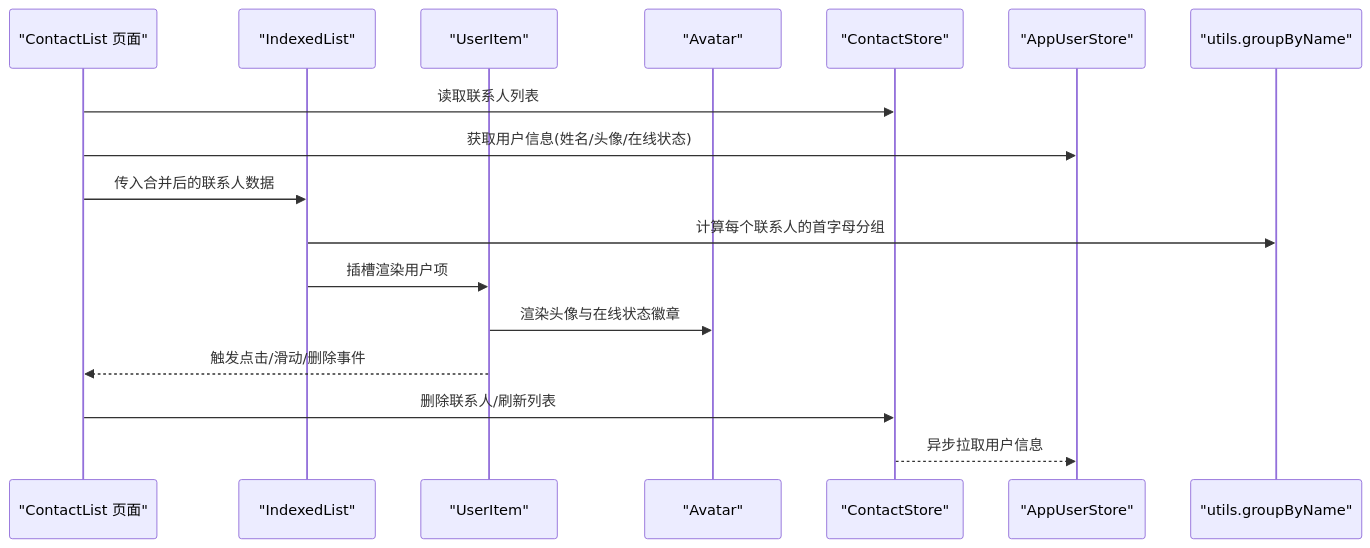
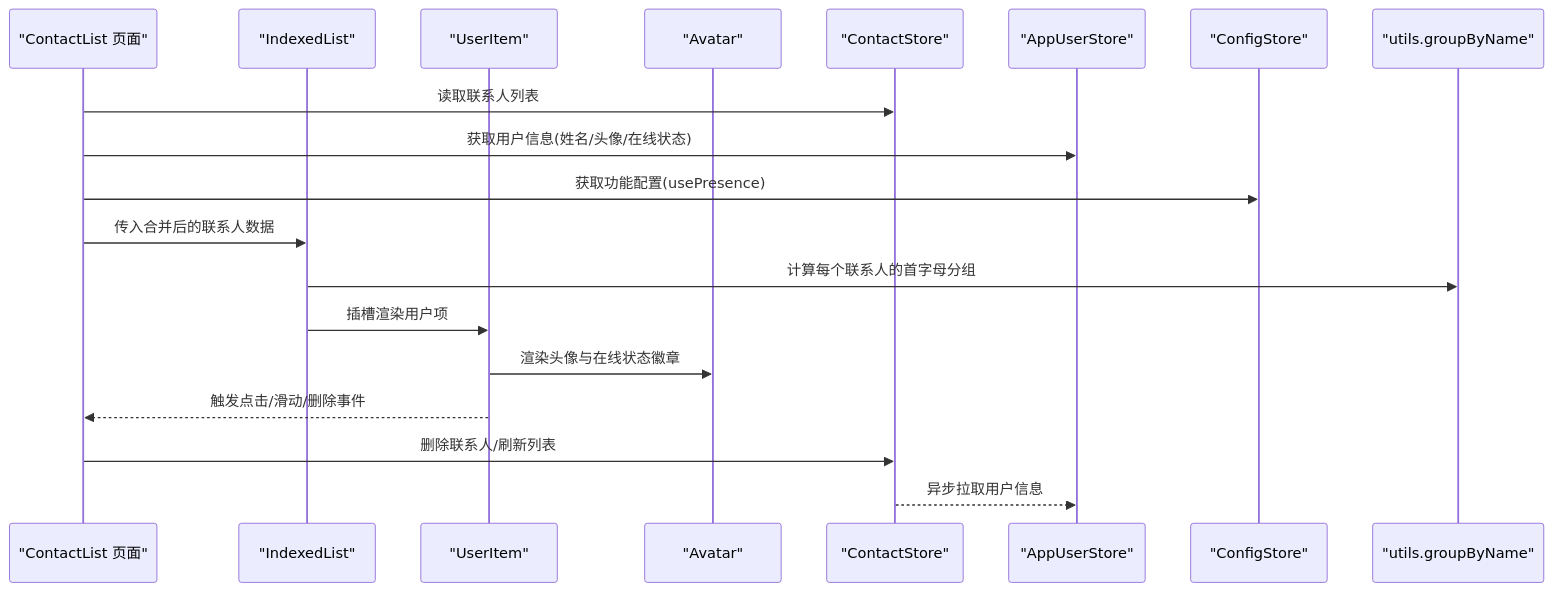
Before and after one commit to Easemob-Community/easemob-uikit-uniapp-community: the second of 7 diagrams in .qoder/repowiki/zh/content/联系人模块/联系人列表.md, drawn with Mermaid. The commit also changed other lines of this file and 5 other files, not shown here.

````diff
--- a/.qoder/repowiki/zh/content/联系人模块/联系人列表.md
+++ b/.qoder/repowiki/zh/content/联系人模块/联系人列表.md
@@ -136,19 +142,21 @@
 ```mermaid
 sequenceDiagram
 participant Page as "ContactList 页面"
 participant IL as "IndexedList"
 participant UI as "UserItem"
 participant AV as "Avatar"
 participant CS as "ContactStore"
 participant AUS as "AppUserStore"
+participant CONF as "ConfigStore"
 participant UT as "utils.groupByName"
 Page->>CS : 读取联系人列表
 Page->>AUS : 获取用户信息(姓名/头像/在线状态)
+Page->>CONF : 获取功能配置(usePresence)
 Page->>IL : 传入合并后的联系人数据
 IL->>UT : 计算每个联系人的首字母分组
 IL->>UI : 插槽渲染用户项
 UI->>AV : 渲染头像与在线状态徽章
 UI-->>Page : 触发点击/滑动/删除事件
 Page->>CS : 删除联系人/刷新列表
 CS-->>AUS : 异步拉取用户信息
 ```
````
